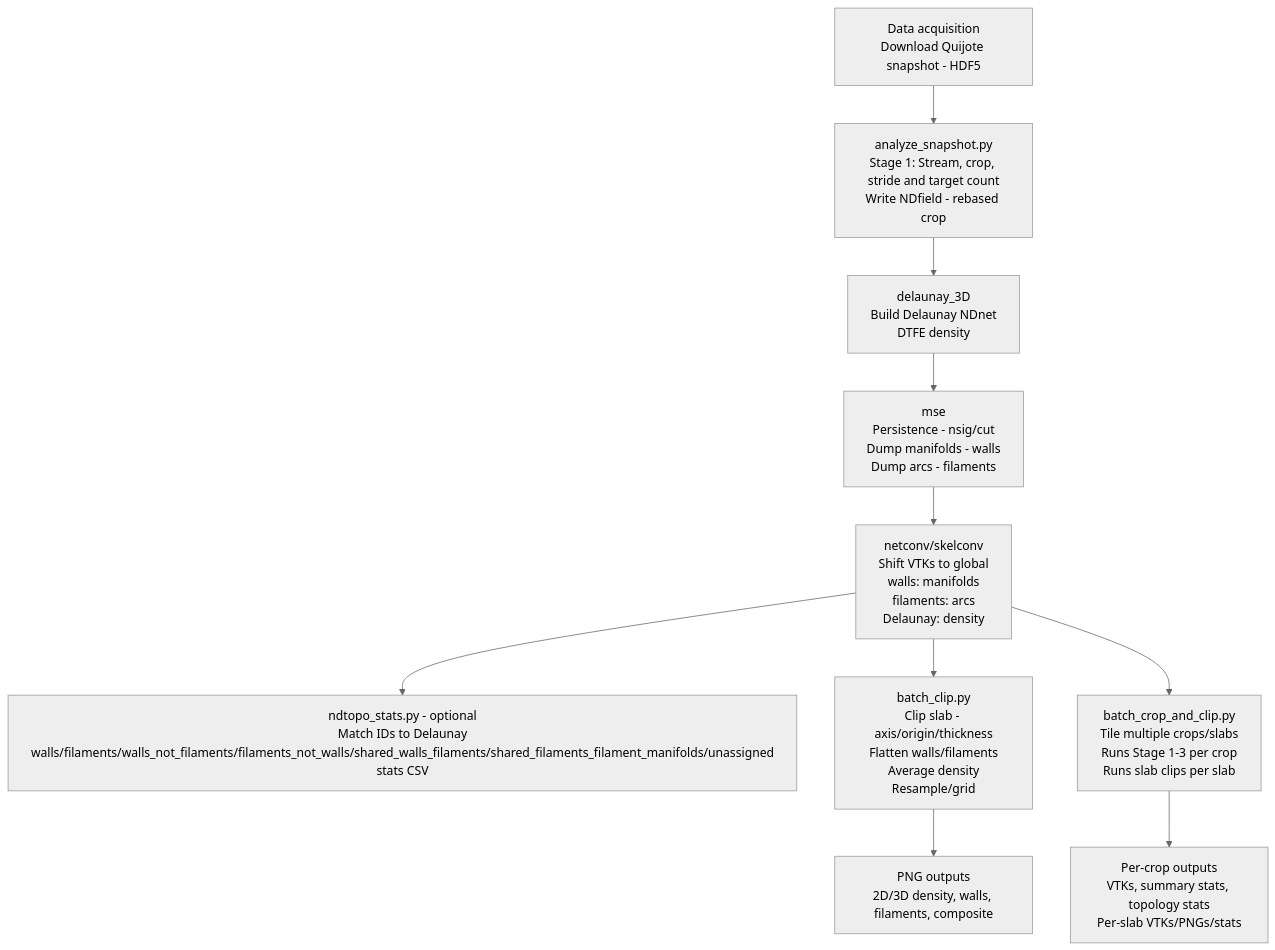
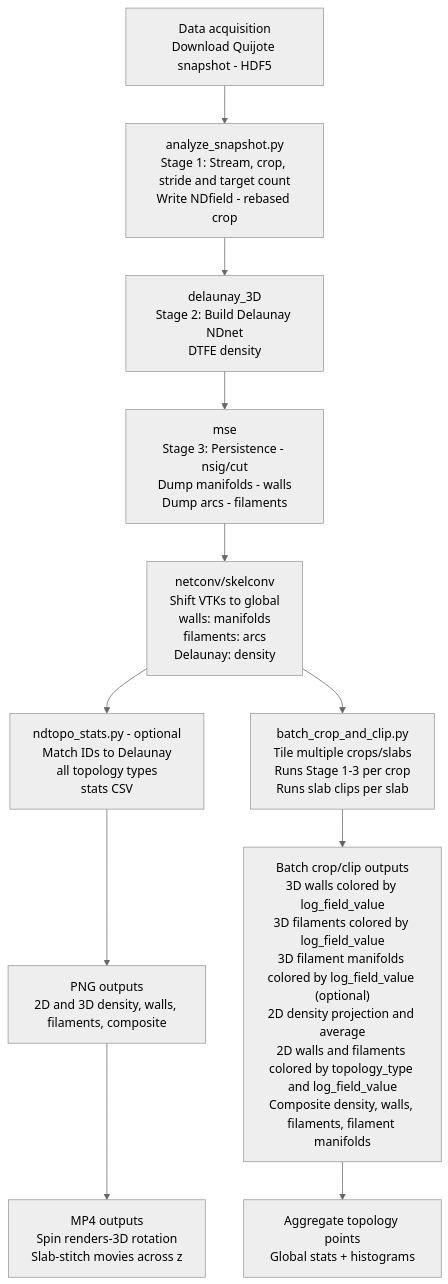
The diagram in docs/WORKFLOW_FLOWCHART.qmd (efuleky27/disperse), drawn with Mermaid (neutral theme) before and after one commit. The commit also changed other lines of this file and 30 other files, not shown here.

````diff
--- a/docs/WORKFLOW_FLOWCHART.qmd
+++ b/docs/WORKFLOW_FLOWCHART.qmd
@@ -8,13 +8,15 @@
 ```{mermaid}
 %%{init: {'flowchart': {'nodeSpacing': 50, 'rankSpacing': 50}}}%%
 graph TD
     A[Data acquisition<br/>Download Quijote snapshot - HDF5] --> B[analyze_snapshot.py<br/>Stage 1: Stream, crop, stride and target count<br/>Write NDfield - rebased crop]
-    B --> C[delaunay_3D<br/>Build Delaunay NDnet<br/>DTFE density]
-    C --> D[mse<br/>Persistence - nsig/cut<br/>Dump manifolds - walls<br/>Dump arcs - filaments]
+    B --> C[delaunay_3D<br/>Stage 2: Build Delaunay NDnet<br/>DTFE density]
+    C --> D[mse<br/>Stage 3: Persistence - nsig/cut<br/>Dump manifolds - walls<br/>Dump arcs - filaments]
     D --> E[netconv/skelconv<br/>Shift VTKs to global<br/>walls: manifolds<br/>filaments: arcs<br/>Delaunay: density]
-    E --> F1[ndtopo_stats.py - optional<br/>Match IDs to Delaunay<br/>walls/filaments/walls_not_filaments/filaments_not_walls/shared_walls_filaments/shared_filaments_filament_manifolds/unassigned<br/>stats CSV]
-    E --> F2[batch_clip.py<br/>Clip slab - axis/origin/thickness<br/>Flatten walls/filaments<br/>Average density<br/>Resample/grid]
-    F2 --> G[PNG outputs<br/>2D/3D density, walls, filaments, composite]
+    E --> F1[ndtopo_stats.py - optional<br/>Match IDs to Delaunay<br/>all topology types<br/>stats CSV]
+    %% E --> F2[batch_clip.py<br/>Clip slab - axis/origin/thickness<br/>Flatten walls/filaments<br/>Average density<br/>Resample/grid]
+    F1 --> G[PNG outputs<br/>2D and 3D density, walls, filaments, composite]
+    G --> G2[MP4 outputs<br/>Spin renders-3D rotation<br/>Slab-stitch movies across z]
     E --> H[batch_crop_and_clip.py<br/>Tile multiple crops/slabs<br/>Runs Stage 1-3 per crop<br/>Runs slab clips per slab]
-    H --> I[Per-crop outputs<br/>VTKs, summary stats, topology stats<br/>Per-slab VTKs/PNGs/stats]
+    H --> I["Batch crop/clip outputs<br/>3D walls colored by log_field_value<br/>3D filaments colored by log_field_value<br/>3D filament manifolds colored by log_field_value (optional)<br/>2D density projection and average<br/>2D walls and filaments colored by topology_type and log_field_value<br/>Composite density, walls, filaments, filament manifolds"]
+    I --> J[Aggregate topology points<br/>Global stats + histograms]
 ```
````
